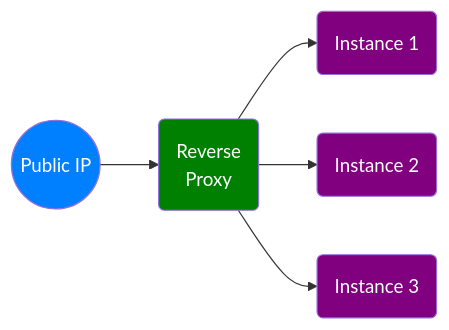
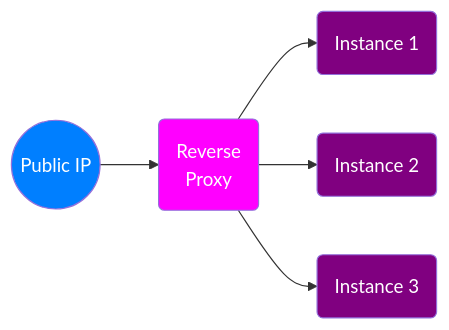
Before and after one commit to msalemor/app-services-networking: the first of 7 diagrams in README.md, drawn with Mermaid.

````diff
--- a/README.md
+++ b/README.md
@@ -38,13 +38,13 @@
 ```mermaid
 graph LR;
     Z((Public IP))-->A;
     A(Reverse<br/>Proxy)-->B(Instance 1);
     A-->C(Instance 2);
     A-->D(Instance 3);
     classDef internet fill:#007FFF,color:white;
     class Z internet;
-    classDef proxy fill:green,color:white;
+    classDef proxy fill:magenta,color:white;
     class A proxy;
     classDef instances fill:purple,color:white;
     class B,C,D instances;    
 ```
````
